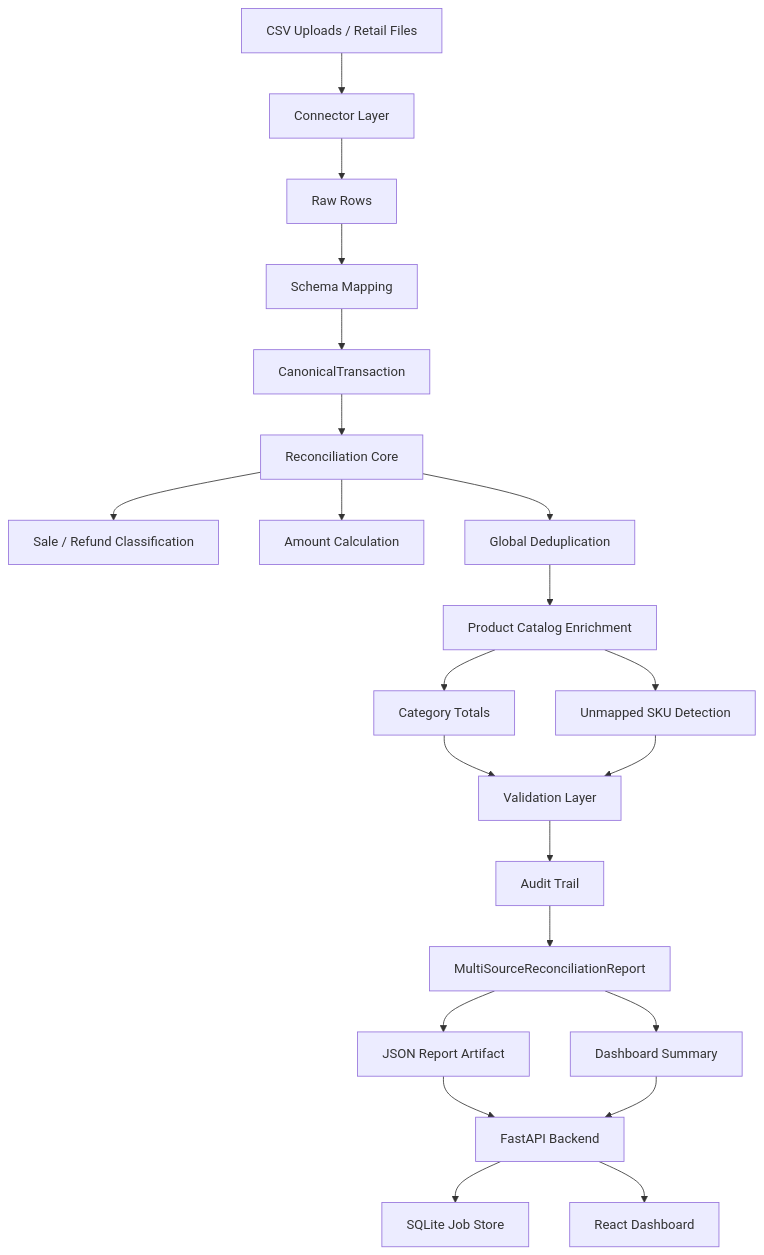
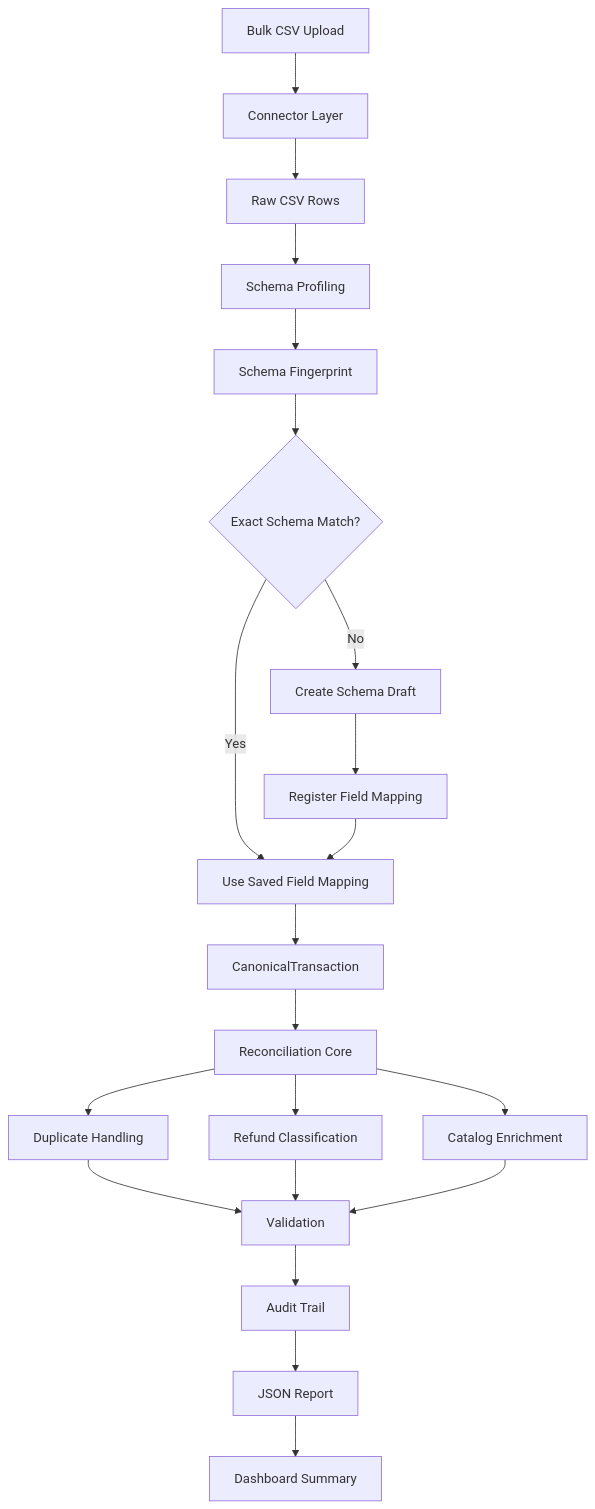
Before and after one commit to parasiitism/retail-reconciliation-swarmbench: the diagram in README.md, drawn with Mermaid. The commit also changed other lines of this file and 9 other files, not shown here.

Commit message:
Add schema onboarding and refresh dashboard

````diff
--- a/README.md
+++ b/README.md
@@ -49,24 +57,23 @@
 ```mermaid
 flowchart TD
-    A["CSV Uploads / Retail Files"] --> B["Connector Layer"]
-    B --> C["Raw Rows"]
-    C --> D["Schema Mapping"]
-    D --> E["CanonicalTransaction"]
-    E --> F["Reconciliation Core"]
-    F --> F1["Sale / Refund Classification"]
-    F --> F2["Amount Calculation"]
-    F --> F3["Global Deduplication"]
-    F3 --> G["Product Catalog Enrichment"]
-    G --> H["Category Totals"]
-    G --> I["Unmapped SKU Detection"]
-    H --> J["Validation Layer"]
-    I --> J
-    J --> K["Audit Trail"]
-    K --> L["MultiSourceReconciliationReport"]
-    L --> M["JSON Report Artifact"]
-    L --> N["Dashboard Summary"]
-    M --> O["FastAPI Backend"]
+    A["Bulk CSV Upload"] --> B["Connector Layer"]
+    B --> C["Raw CSV Rows"]
+    C --> D["Schema Profiling"]
+    D --> E["Schema Fingerprint"]
+    E --> F{"Exact Schema Match?"}
+    F -->|Yes| G["Use Saved Field Mapping"]
+    F -->|No| H["Create Schema Draft"]
+    H --> I["Register Field Mapping"]
+    I --> G
+    G --> J["CanonicalTransaction"]
+    J --> K["Reconciliation Core"]
+    K --> L["Duplicate Handling"]
+    K --> M["Refund Classification"]
+    K --> N["Catalog Enrichment"]
+    L --> O["Validation"]
+    M --> O
     N --> O
-    O --> P["SQLite Job Store"]
-    O --> Q["React Dashboard"]
+    O --> P["Audit Trail"]
+    P --> Q["JSON Report"]
+    Q --> R["Dashboard Summary"]
 ```
````
